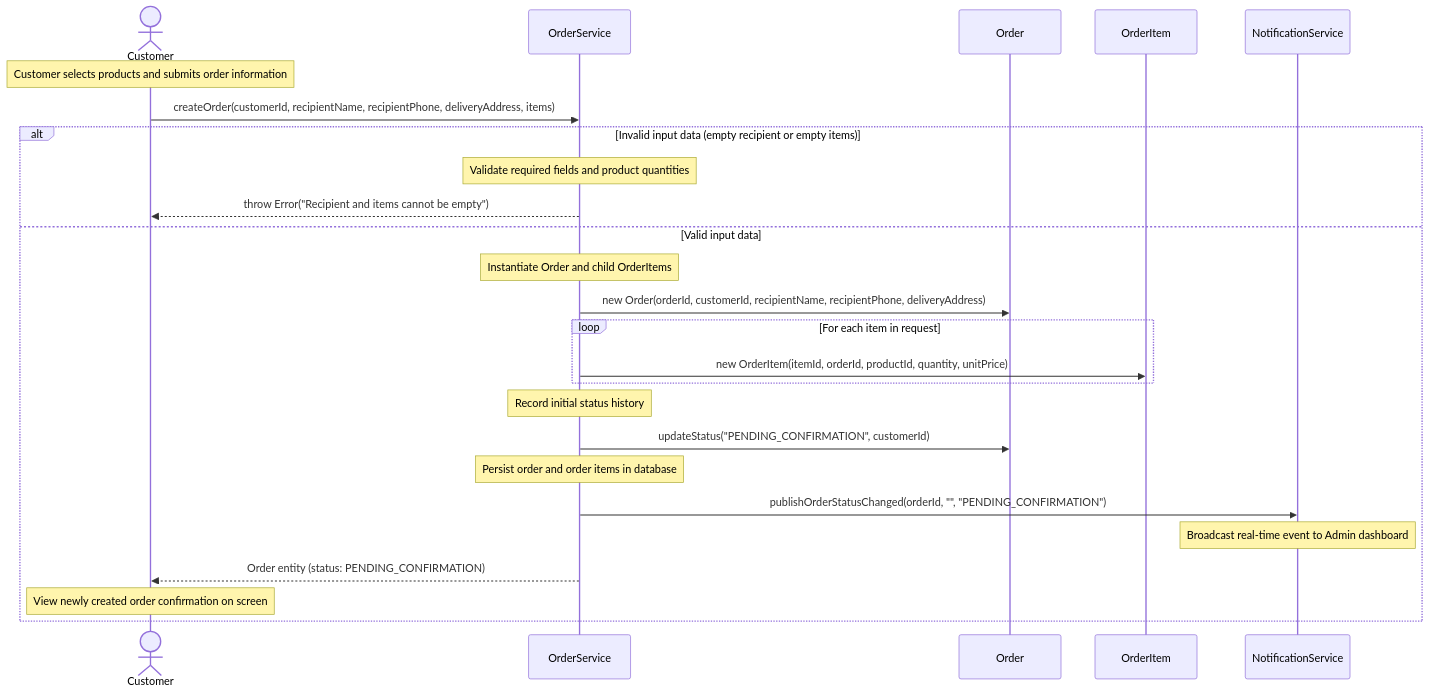
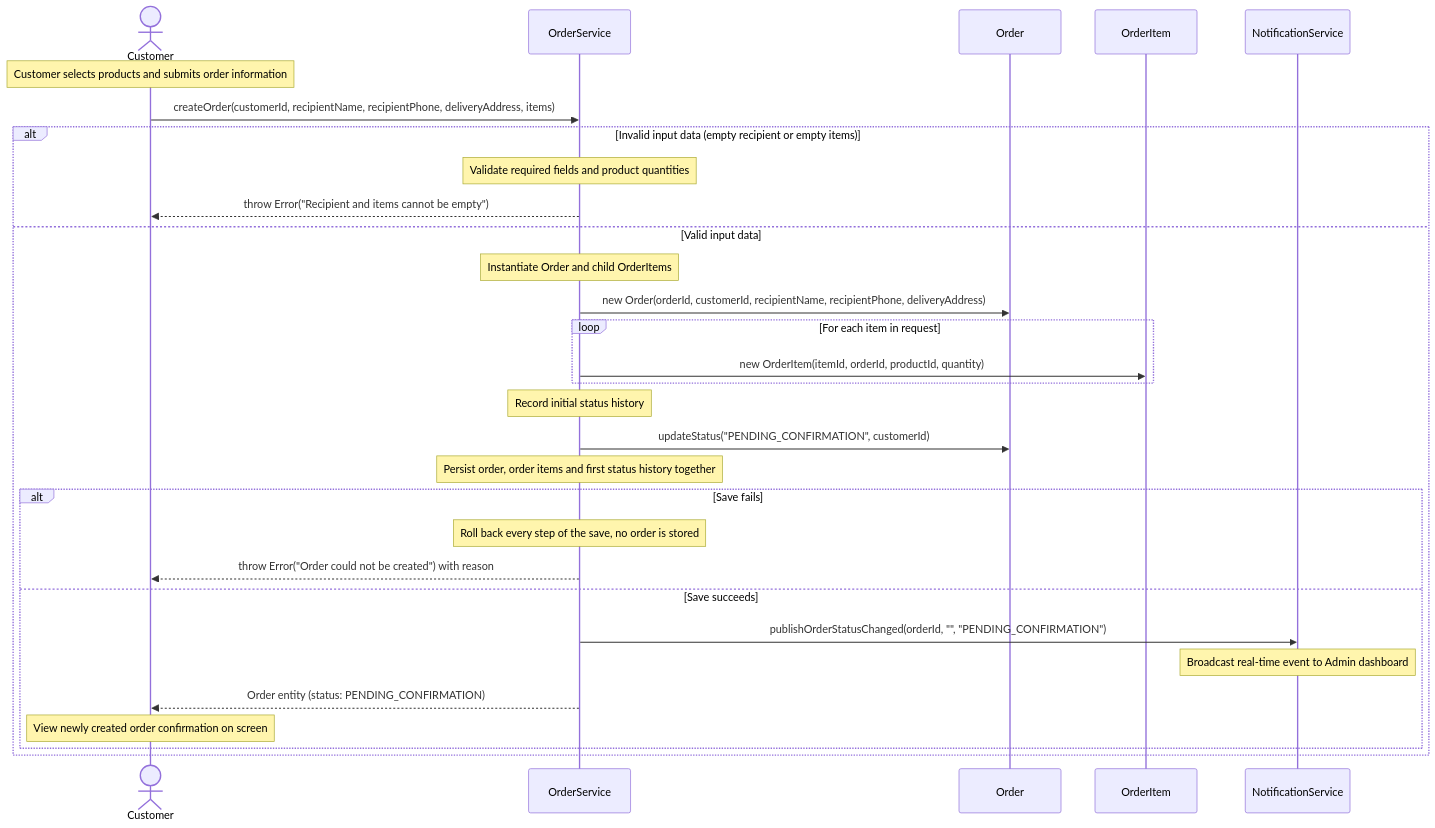
One commit to MinhNhat-hub/GiaoHangThuongMaiDienTu changed the diagram in diagrams/seq-create-order.mmd. Above: the diagram before and after it, drawn with Mermaid. The commit also changed 3 other files, not shown here.

```diff
--- a/diagrams/seq-create-order.mmd
+++ b/diagrams/seq-create-order.mmd
@@ -1,32 +1,37 @@
 sequenceDiagram
   actor Customer
   participant OrderService
   participant Order
   participant OrderItem
   participant NotificationService
 
   Note over Customer: Customer selects products and submits order information
 
   Customer->>OrderService: createOrder(customerId, recipientName, recipientPhone, deliveryAddress, items)
 
   alt Invalid input data (empty recipient or empty items)
     Note over OrderService: Validate required fields and product quantities
     OrderService-->>Customer: throw Error("Recipient and items cannot be empty")
   else Valid input data
     Note over OrderService: Instantiate Order and child OrderItems
     OrderService->>Order: new Order(orderId, customerId, recipientName, recipientPhone, deliveryAddress)
     loop For each item in request
-      OrderService->>OrderItem: new OrderItem(itemId, orderId, productId, quantity, unitPrice)
+      OrderService->>OrderItem: new OrderItem(itemId, orderId, productId, quantity)
     end
 
     Note over OrderService: Record initial status history
     OrderService->>Order: updateStatus("PENDING_CONFIRMATION", customerId)
 
-    Note over OrderService: Persist order and order items in database
+    Note over OrderService: Persist order, order items and first status history together
 
-    OrderService->>NotificationService: publishOrderStatusChanged(orderId, "", "PENDING_CONFIRMATION")
-    Note over NotificationService: Broadcast real-time event to Admin dashboard
+    alt Save fails
+      Note over OrderService: Roll back every step of the save, no order is stored
+      OrderService-->>Customer: throw Error("Order could not be created") with reason
+    else Save succeeds
+      OrderService->>NotificationService: publishOrderStatusChanged(orderId, "", "PENDING_CONFIRMATION")
+      Note over NotificationService: Broadcast real-time event to Admin dashboard
 
-    OrderService-->>Customer: Order entity (status: PENDING_CONFIRMATION)
-    Note over Customer: View newly created order confirmation on screen
+      OrderService-->>Customer: Order entity (status: PENDING_CONFIRMATION)
+      Note over Customer: View newly created order confirmation on screen
+    end
   end
```
